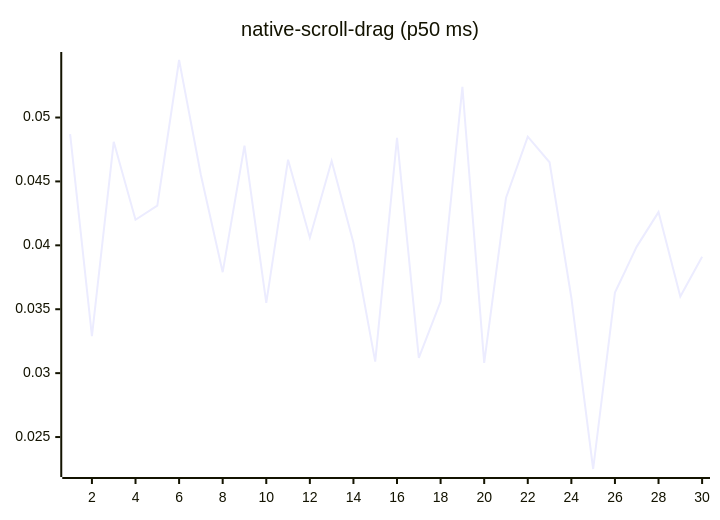
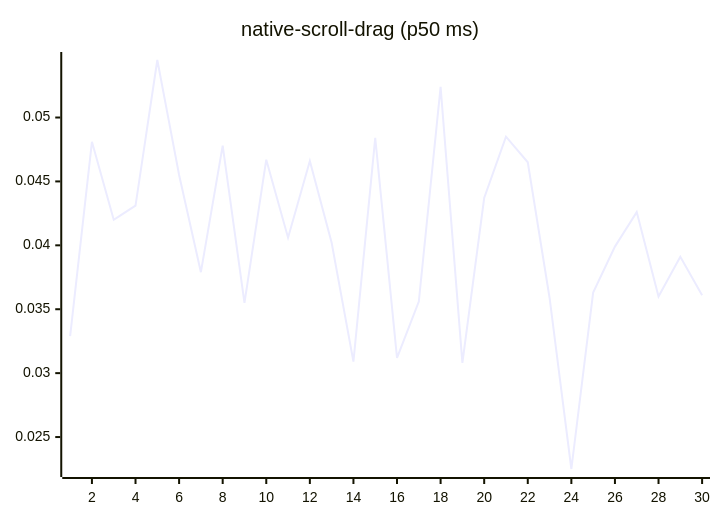
Before and after one commit to josha/Facet: diagram 14 of 27 in README.md, drawn with Mermaid. The commit also changed other lines of this file and 2 other files, not shown here.

````diff
--- a/README.md
+++ b/README.md
@@ -154,6 +154,6 @@
 ```mermaid
 xychart-beta
     title "native-scroll-drag (p50 ms)"
     x-axis 1 --> 30
-    line [0.0487, 0.0329, 0.0481, 0.0420, 0.0431, 0.0545, 0.0455, 0.0379, 0.0478, 0.0355, 0.0467, 0.0406, 0.0466, 0.0402, 0.0309, 0.0484, 0.0312, 0.0356, 0.0524, 0.0308, 0.0437, 0.0485, 0.0465, 0.0359, 0.0225, 0.0363, 0.0399, 0.0426, 0.0360, 0.0391]
+    line [0.0329, 0.0481, 0.0420, 0.0431, 0.0545, 0.0455, 0.0379, 0.0478, 0.0355, 0.0467, 0.0406, 0.0466, 0.0402, 0.0309, 0.0484, 0.0312, 0.0356, 0.0524, 0.0308, 0.0437, 0.0485, 0.0465, 0.0359, 0.0225, 0.0363, 0.0399, 0.0426, 0.0360, 0.0391, 0.0361]
 ```
````
